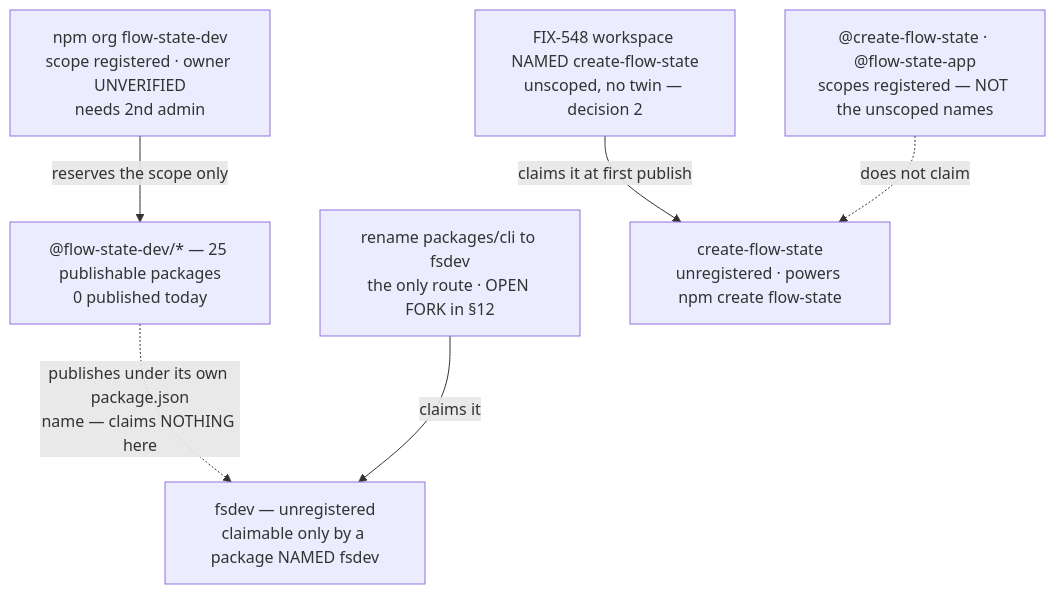
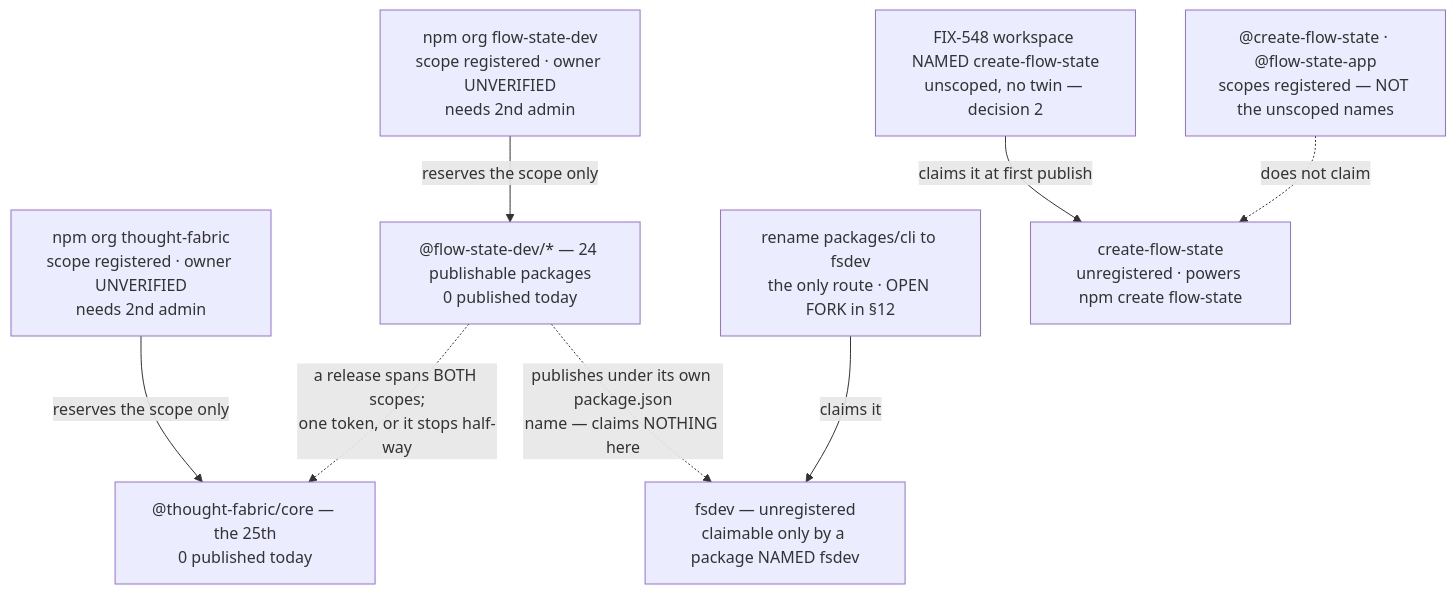
The diagram in spec/FIX-1162.md (fixpoint-labs/flow-state-dev), drawn with Mermaid before and after one commit. The commit also changed other lines of this file, not shown here.

First line of the commit message:
spec(FIX-1162): second publishing scope, version baseline, and a conditional epic correction

````diff
--- a/spec/FIX-1162.md
+++ b/spec/FIX-1162.md
@@ -256,9 +262,12 @@
 ```mermaid
 flowchart TD
   ORG["npm org flow-state-dev<br/>scope registered · owner UNVERIFIED<br/>needs 2nd admin"]
-  ORG -->|"reserves the scope only"| SCOPED["@flow-state-dev/* — 25 publishable packages<br/>0 published today"]
+  ORG2["npm org thought-fabric<br/>scope registered · owner UNVERIFIED<br/>needs 2nd admin"]
+  ORG -->|"reserves the scope only"| SCOPED["@flow-state-dev/* — 24 publishable packages<br/>0 published today"]
+  ORG2 -->|"reserves the scope only"| TF["@thought-fabric/core — the 25th<br/>0 published today"]
+  SCOPED -.->|"a release spans BOTH scopes;<br/>one token, or it stops half-way"| TF
   SCOPED -.->|"publishes under its own package.json<br/>name — claims NOTHING here"| FSDEV["fsdev — unregistered<br/>claimable only by a package NAMED fsdev"]
   RENAME["rename packages/cli to fsdev<br/>the only route · OPEN FORK in §12"] -->|"claims it"| FSDEV
   CREATE548["FIX-548 workspace NAMED create-flow-state<br/>unscoped, no twin — decision 2"] -->|"claims it at first publish"| CREATE["create-flow-state<br/>unregistered · powers npm create flow-state"]
   HELD["@create-flow-state · @flow-state-app<br/>scopes registered — NOT the unscoped names"] -.->|"does not claim"| CREATE
 ```
````
